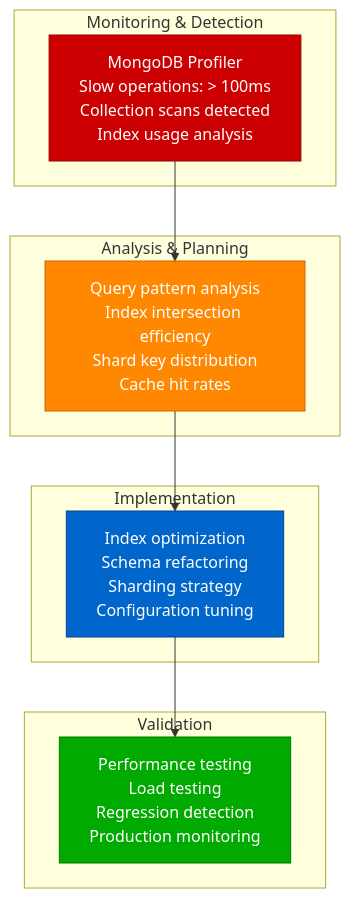
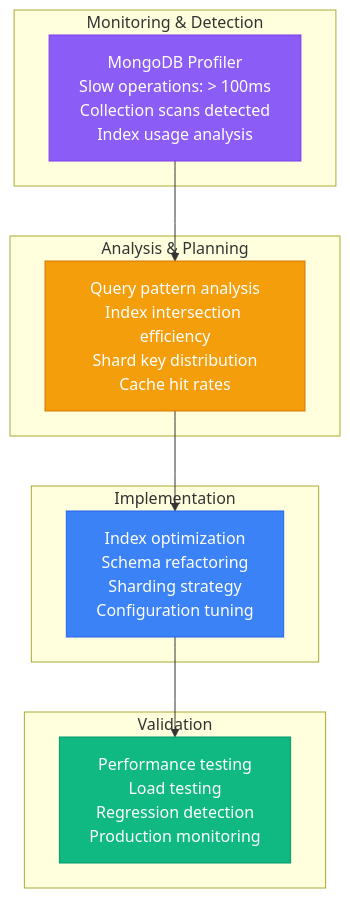
Before and after one commit to deepaucksharma/DS: diagram 14 of 14 in site/docs/performance/mongodb-performance-profile.md, drawn with Mermaid. The commit also changed other lines of this file and 303 other files, not shown here.

````diff
--- a/site/docs/performance/mongodb-performance-profile.md
+++ b/site/docs/performance/mongodb-performance-profile.md
@@ -503,30 +503,30 @@
 ```mermaid
 graph TB
     subgraph "Monitoring & Detection"
         M1[MongoDB Profiler<br/>Slow operations: > 100ms<br/>Collection scans detected<br/>Index usage analysis]
     end
 
     subgraph "Analysis & Planning"
         A1[Query pattern analysis<br/>Index intersection efficiency<br/>Shard key distribution<br/>Cache hit rates]
     end
 
     subgraph "Implementation"
         I1[Index optimization<br/>Schema refactoring<br/>Sharding strategy<br/>Configuration tuning]
     end
 
     subgraph "Validation"
         V1[Performance testing<br/>Load testing<br/>Regression detection<br/>Production monitoring]
     end
 
     M1 --> A1 --> I1 --> V1
 
-    classDef monitorStyle fill:#CC0000,stroke:#990000,color:#fff
-    classDef analysisStyle fill:#FF8800,stroke:#CC6600,color:#fff
-    classDef implStyle fill:#0066CC,stroke:#004499,color:#fff
-    classDef validStyle fill:#00AA00,stroke:#007700,color:#fff
+    classDef monitorStyle fill:#8B5CF6,stroke:#7C3AED,color:#fff
+    classDef analysisStyle fill:#F59E0B,stroke:#D97706,color:#fff
+    classDef implStyle fill:#3B82F6,stroke:#2563EB,color:#fff
+    classDef validStyle fill:#10B981,stroke:#059669,color:#fff
 
     class M1 monitorStyle
     class A1 analysisStyle
     class I1 implStyle
     class V1 validStyle
 ```
````
